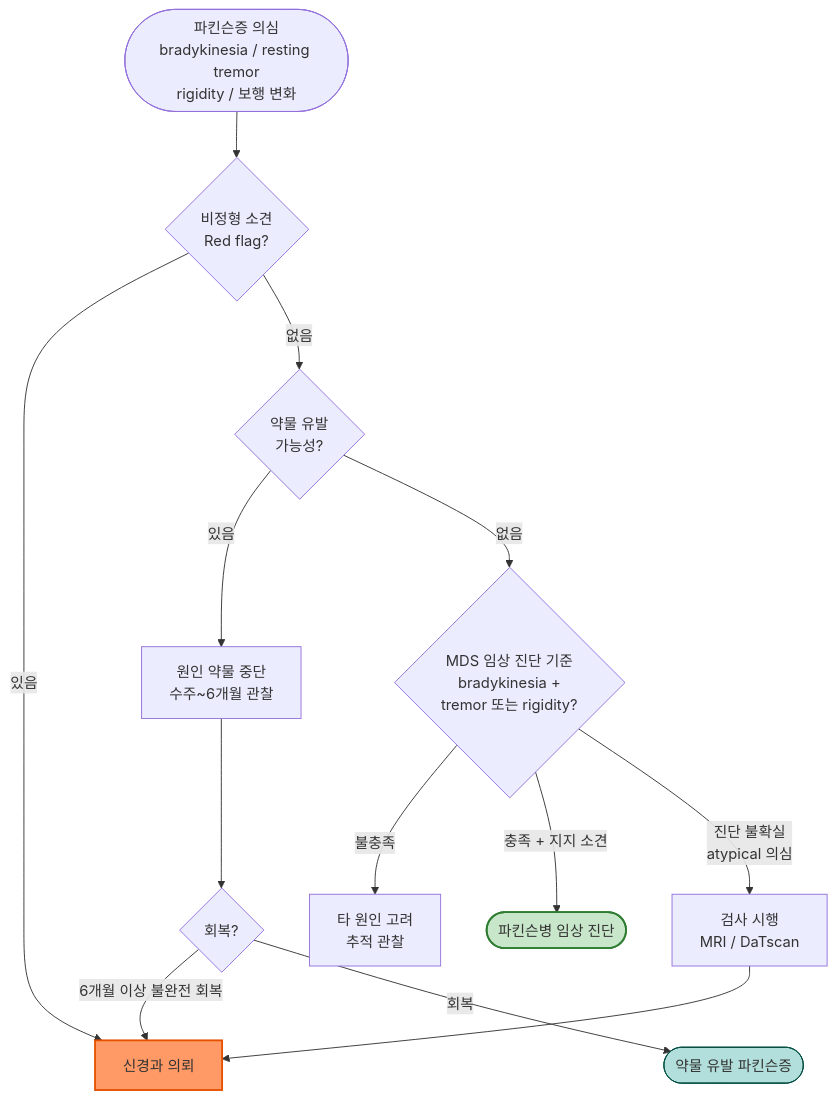
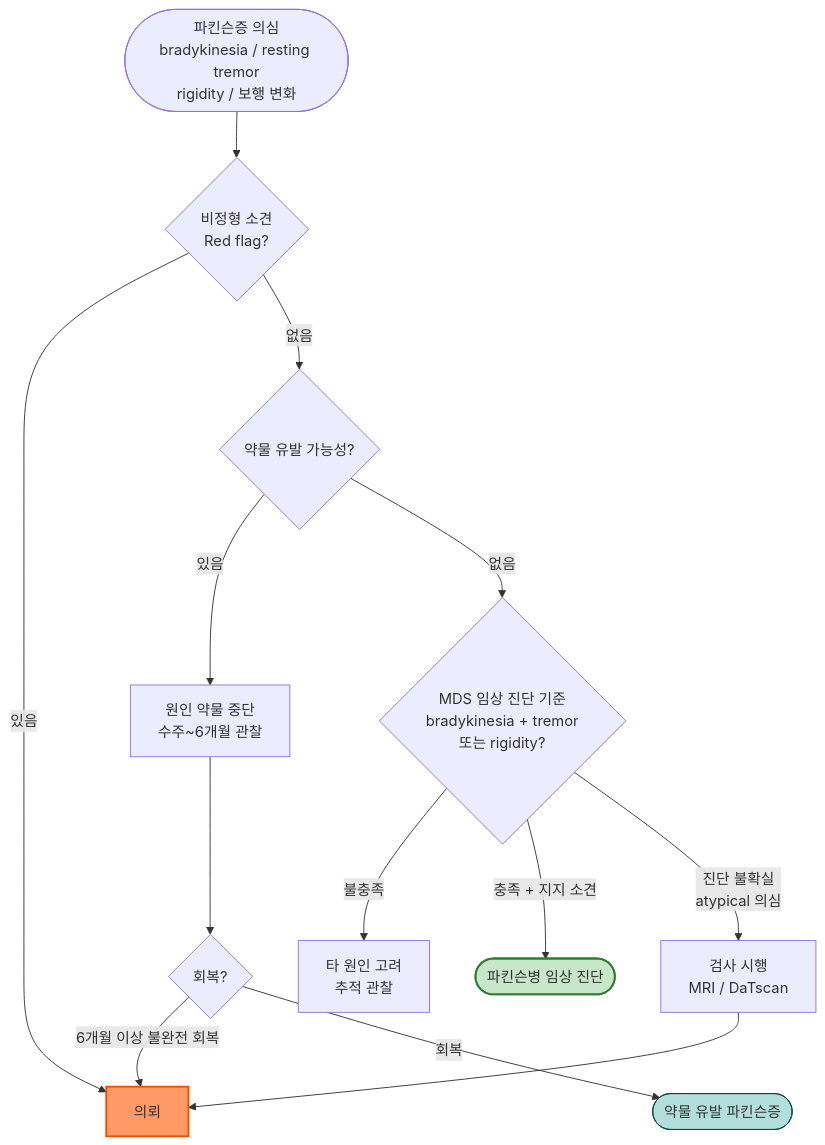
Before and after one commit to familyoh77/familyoh77: the first of 2 diagrams in 221_/035_-parkinsons-disease.md, drawn with Mermaid. The commit also changed other lines of this file, not shown here.

````diff
--- a/221_/035_-parkinsons-disease.md
+++ b/221_/035_-parkinsons-disease.md
@@ -202,19 +202,19 @@
 ```mermaid
 graph TD
-    A([파킨슨증 의심\nbradykinesia / resting tremor\nrigidity / 보행 변화]) --> B{비정형 소견\nRed flag?}
-    B -->|있음| C[신경과 의뢰]
-    B -->|없음| D{약물 유발\n가능성?}
-    D -->|있음| E[원인 약물 중단\n수주~6개월 관찰]
+    A([파킨슨증 의심<br/>bradykinesia / resting tremor\nrigidity / 보행 변화]) --> B{비정형 소견<br/>Red flag?}
+    B -->|있음| C[의뢰]
+    B -->|없음| D{약물 유발 가능성?}
+    D -->|있음| E[원인 약물 중단 <br/>수주~6개월 관찰]
     E --> F{회복?}
     F -->|6개월 이상 불완전 회복| C
     F -->|회복| G([약물 유발 파킨슨증])
-    D -->|없음| H{MDS 임상 진단 기준\nbradykinesia +\ntremor 또는 rigidity?}
-    H -->|불충족| I[타 원인 고려\n추적 관찰]
+    D -->|없음| H{MDS 임상 진단 기준<br/>bradykinesia + tremor <br/>또는 rigidity?}
+    H -->|불충족| I[타 원인 고려<br/>추적 관찰]
     H -->|충족 + 지지 소견| J([파킨슨병 임상 진단])
-    H -->|진단 불확실\natypical 의심| K[검사 시행\nMRI / DaTscan]
+    H -->|진단 불확실<br/>atypical 의심| K[검사 시행<br/>MRI / DaTscan]
     K --> C
 
     style C fill:#f96,stroke:#e65100,stroke-width:2px
     style G fill:#b2dfdb,stroke:#004d40,stroke-width:1px
     style J fill:#c8e6c9,stroke:#2e7d32,stroke-width:2px
 ```
````
